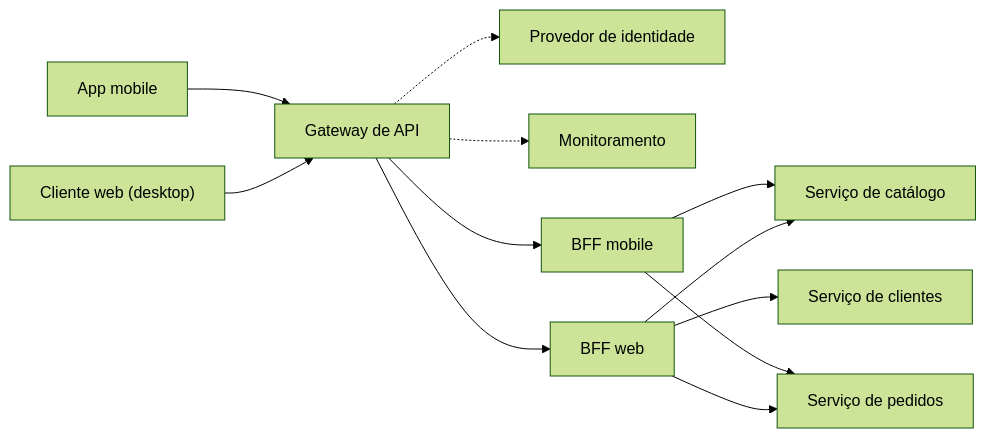
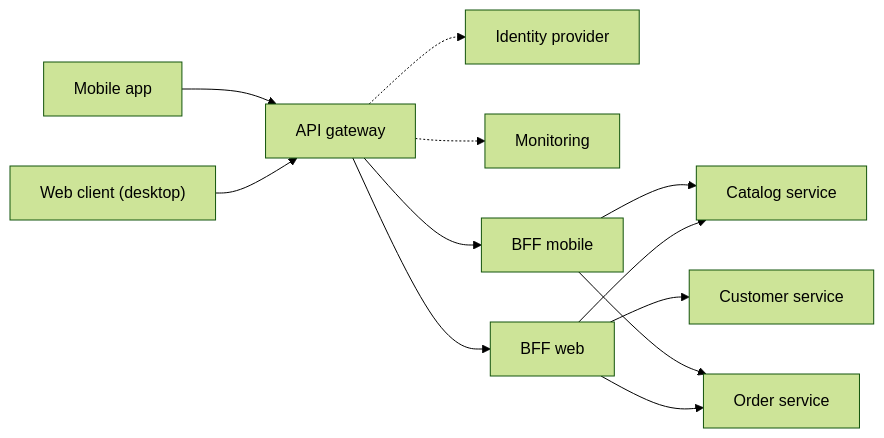
Before and after one commit to alancesar/design-patterns: the diagram in docs/cloud/cloud-design-patterns/gateways-and-edge/backends-for-frontends.md, drawn with Mermaid (forest theme). The commit also changed 258 other files, not shown here.

First line of the commit message:
Translate Mermaid diagrams to English

````diff
--- a/docs/cloud/cloud-design-patterns/gateways-and-edge/backends-for-frontends.md
+++ b/docs/cloud/cloud-design-patterns/gateways-and-edge/backends-for-frontends.md
@@ -72,14 +72,14 @@
 ```mermaid
 flowchart LR
-    W["Cliente web (desktop)"] --> G["Gateway de API"]
-    M["App mobile"] --> G
-    G -.-> I["Provedor de identidade"]
-    G -.-> O["Monitoramento"]
+    W["Web client (desktop)"] --> G["API gateway"]
+    M["Mobile app"] --> G
+    G -.-> I["Identity provider"]
+    G -.-> O["Monitoring"]
     G --> BW["BFF web"]
     G --> BM["BFF mobile"]
-    BW --> S1["Serviço de catálogo"]
-    BW --> S2["Serviço de pedidos"]
+    BW --> S1["Catalog service"]
+    BW --> S2["Order service"]
     BM --> S1
     BM --> S2
-    BW --> S3["Serviço de clientes"]
+    BW --> S3["Customer service"]
 ```
````
